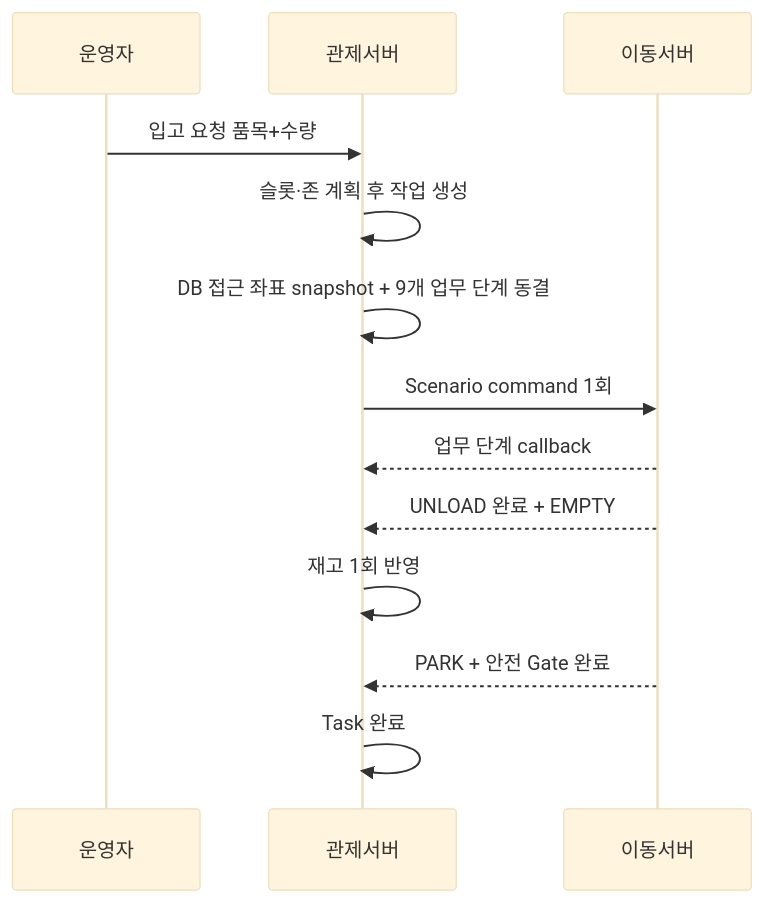
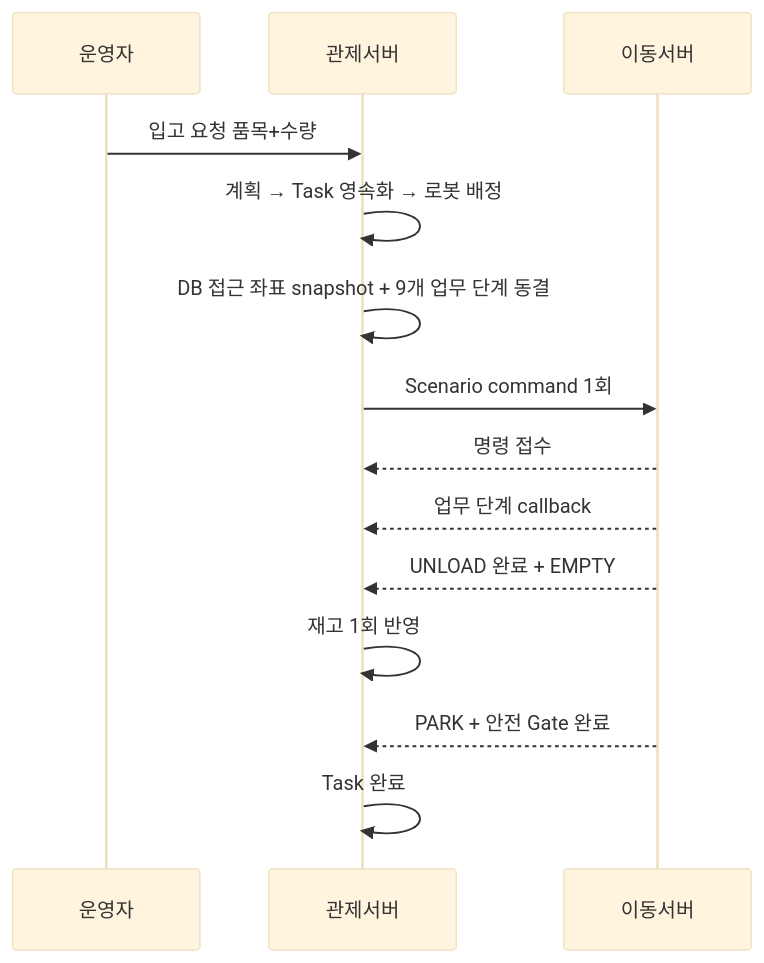
One commit to eduwing-robotics/ros2-ai-amr-repo3 changed the fourth of 10 diagrams in main_server/docs/ARCHITECTURE.md. Above: the diagram before and after it, drawn with Mermaid (base theme). The commit also changed other lines of this file and 5 other files, not shown here.

````diff
--- a/main_server/docs/ARCHITECTURE.md
+++ b/main_server/docs/ARCHITECTURE.md
@@ -97,15 +98,16 @@
 ```mermaid
 sequenceDiagram
   participant Op as 운영자
   participant Main as 관제서버
   participant Mov as 이동서버
   Op->>Main: 입고 요청 품목+수량
-  Main->>Main: 슬롯·존 계획 후 작업 생성
+  Main->>Main: 계획 → Task 영속화 → 로봇 배정
   Main->>Main: DB 접근 좌표 snapshot + 9개 업무 단계 동결
   Main->>Mov: Scenario command 1회
+  Mov-->>Main: 명령 접수
   Mov-->>Main: 업무 단계 callback
   Mov-->>Main: UNLOAD 완료 + EMPTY
   Main->>Main: 재고 1회 반영
   Mov-->>Main: PARK + 안전 Gate 완료
   Main->>Main: Task 완료
 ```
````
